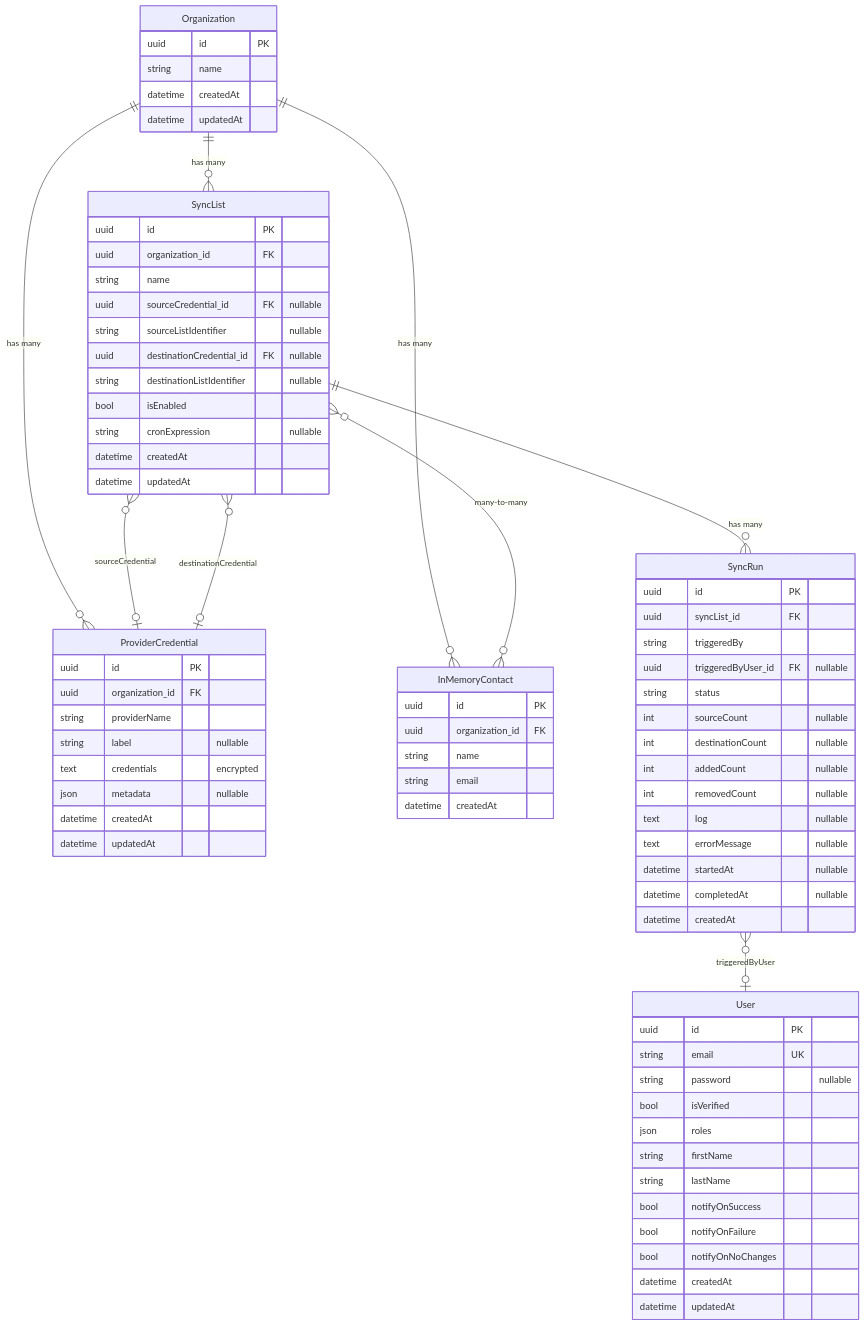
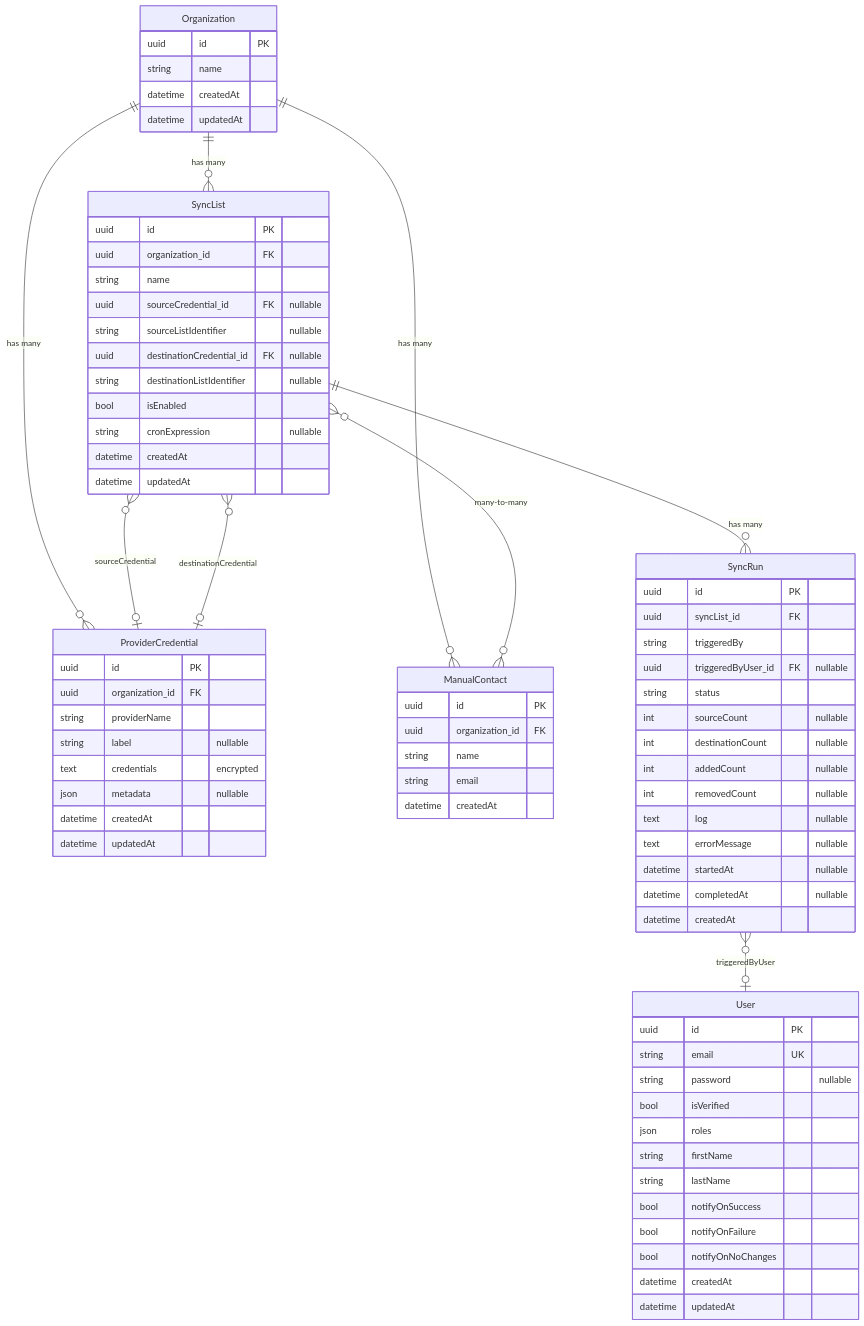
One commit to nrutman/contacts-sync-web changed the diagram in src/Entity/README.md. Above: the diagram before and after it, drawn with Mermaid. The commit also changed other lines of this file and 22 other files, not shown here.

Commit message:
Rename in-memory user to manual user

```diff
--- a/src/Entity/README.md
+++ b/src/Entity/README.md
@@ -26,11 +26,11 @@
 erDiagram
     Organization ||--o{ SyncList : "has many"
     Organization ||--o{ ProviderCredential : "has many"
-    Organization ||--o{ InMemoryContact : "has many"
+    Organization ||--o{ ManualContact : "has many"
     SyncList }o--o| ProviderCredential : "sourceCredential"
     SyncList }o--o| ProviderCredential : "destinationCredential"
     SyncList ||--o{ SyncRun : "has many"
-    SyncList }o--o{ InMemoryContact : "many-to-many"
+    SyncList }o--o{ ManualContact : "many-to-many"
     SyncRun }o--o| User : "triggeredByUser"
 
     Organization {
@@ -97,7 +97,7 @@
         datetime createdAt
     }
 
-    InMemoryContact {
+    ManualContact {
         uuid id PK
         uuid organization_id FK
         string name
```
